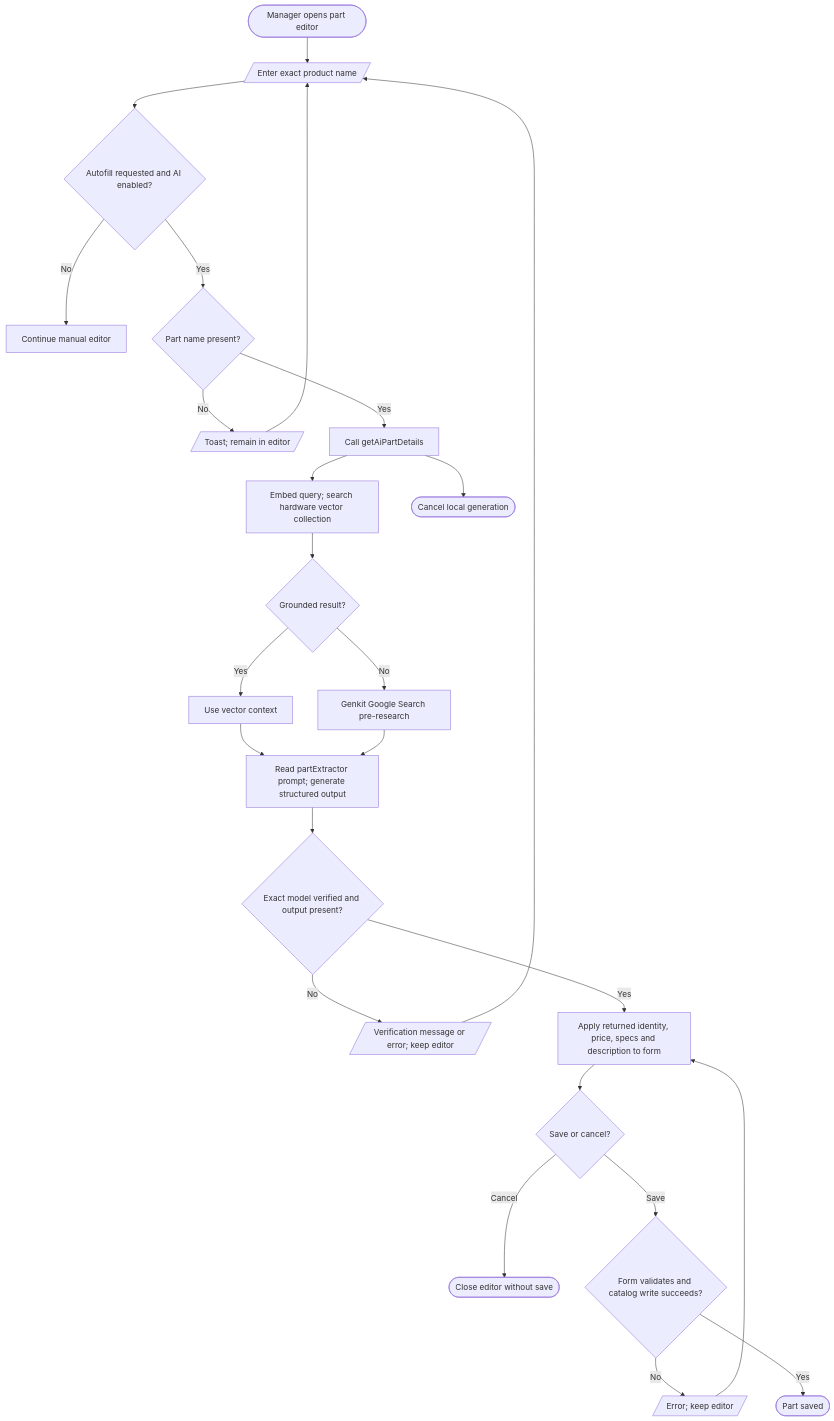
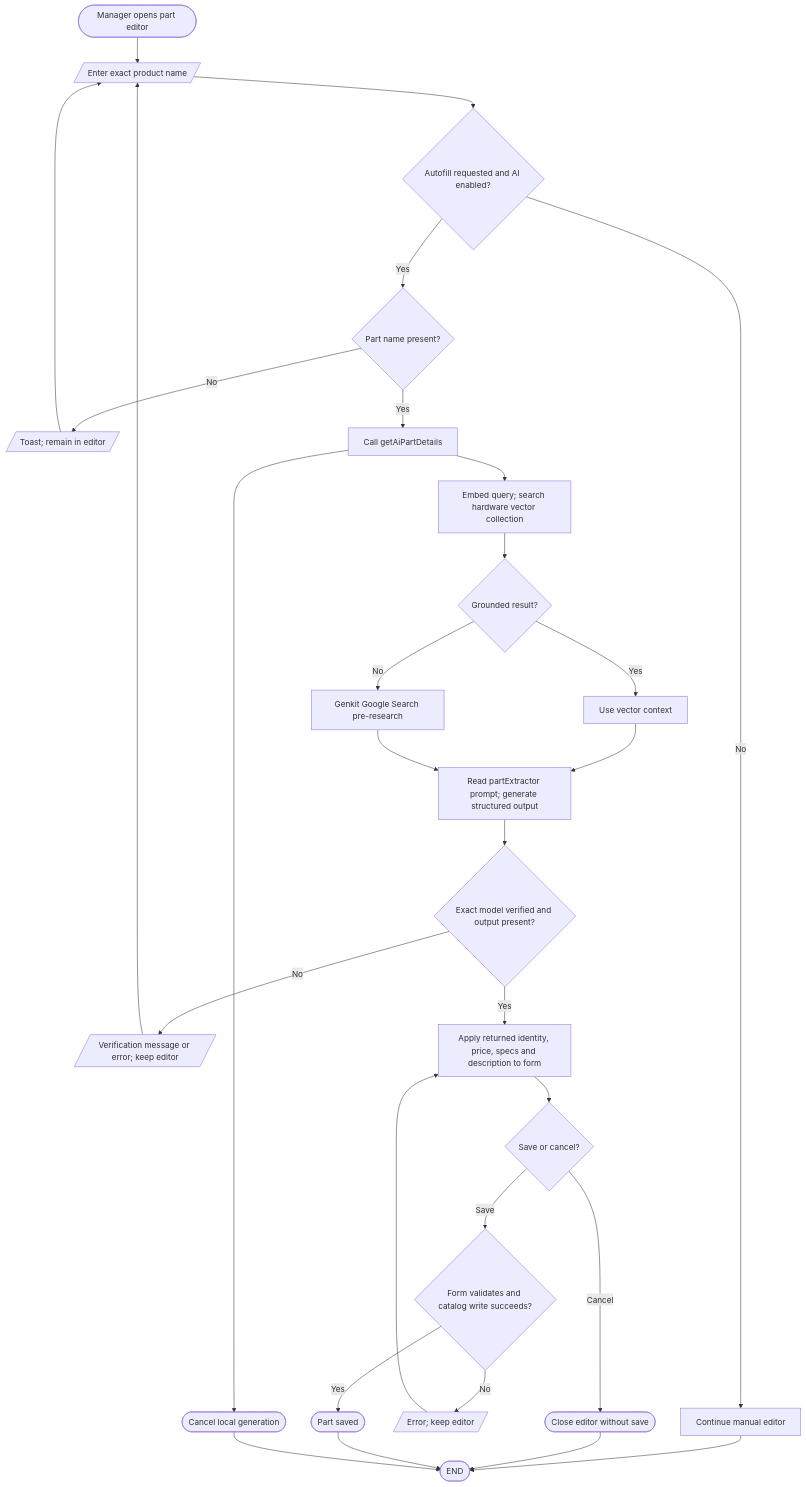
Before and after one commit to VirgenRayzon/BuilbotAI: the diagram in docs/flowcharts/ai-system/ai-part-extraction-flowchart.md, drawn with Mermaid. The commit also changed other lines of this file and 109 other files, not shown here.

Commit message:
feat(builder): add live recommendations, budget slider, and updated system flowcharts

````diff
--- a/docs/flowcharts/ai-system/ai-part-extraction-flowchart.md
+++ b/docs/flowcharts/ai-system/ai-part-extraction-flowchart.md
@@ -3,24 +7,28 @@
 ```mermaid
 flowchart TD
   Start([Manager opens part editor]) --> Input[/Enter exact product name/]
   Input --> Action{Autofill requested and AI enabled?}
   Action -- No --> Form[Continue manual editor]
   Action -- Yes --> Validate{Part name present?}
   Validate -- No --> Feedback[/Toast; remain in editor/] --> Input
   Validate -- Yes --> Call[Call getAiPartDetails]
   Call --> Vector[Embed query; search hardware vector collection]
   Vector --> Found{Grounded result?}
   Found -- Yes --> Context[Use vector context]
   Found -- No --> Research[Genkit Google Search pre-research]
   Context --> Format[Read partExtractor prompt; generate structured output]
   Research --> Format
   Format --> Verified{Exact model verified and output present?}
   Verified -- No --> Warning[/Verification message or error; keep editor/] --> Input
   Verified -- Yes --> Fill[Apply returned identity, price, specs and description to form]
   Fill --> Review{Save or cancel?}
   Review -- Cancel --> End([Close editor without save])
   Review -- Save --> FormWrite{Form validates and catalog write succeeds?}
   FormWrite -- No --> FormError[/Error; keep editor/] --> Fill
   FormWrite -- Yes --> Done([Part saved])
   Call --> Cancel([Cancel local generation])
+  Form --> Finish([END])
+  End --> Finish
+  Done --> Finish
+  Cancel --> Finish
 ```
````
